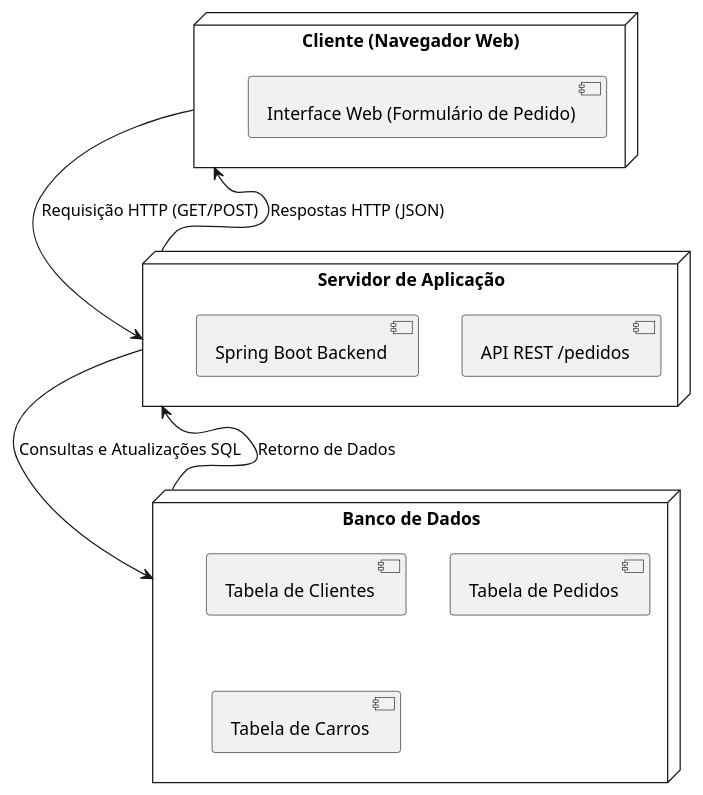
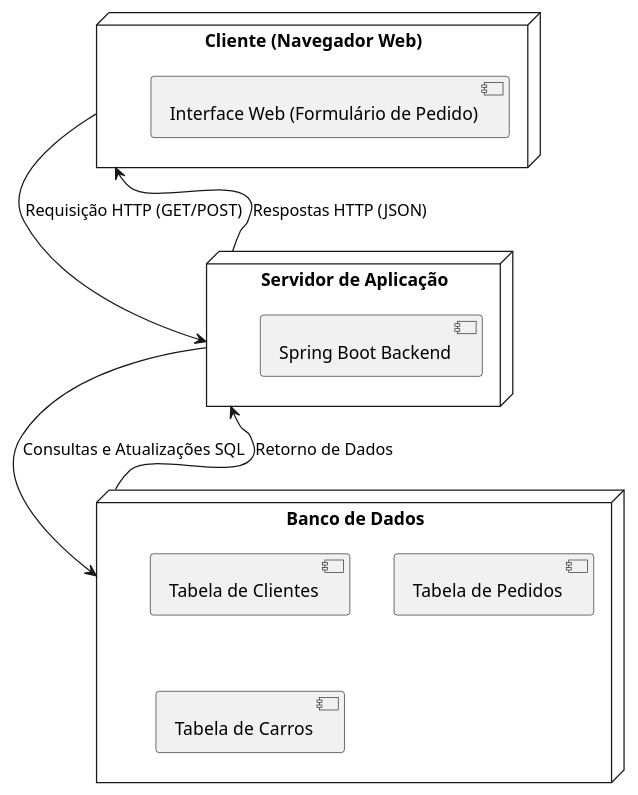
The diagram in projeto/Diagramas/diagrama-de-implantação.puml (diascw/sistema-aluguel-de-carros), drawn with PlantUML before and after one commit.

```diff
--- a/projeto/Diagramas/diagrama-de-implantação.puml
+++ b/projeto/Diagramas/diagrama-de-implantação.puml
@@ -1,21 +1,21 @@
 @startuml
 node "Cliente (Navegador Web)" as Client {
     [Interface Web (Formulário de Pedido)]
 }
 
 node "Servidor de Aplicação" as Server {
-    [API REST /pedidos]
+
     [Spring Boot Backend]
 }
 
 node "Banco de Dados" as DB {
     [Tabela de Clientes]
     [Tabela de Pedidos]
     [Tabela de Carros]
 }
 
 Client --> Server: Requisição HTTP (GET/POST)
 Server --> DB: Consultas e Atualizações SQL
 DB --> Server: Retorno de Dados
 Server --> Client: Respostas HTTP (JSON)
 @enduml
```
